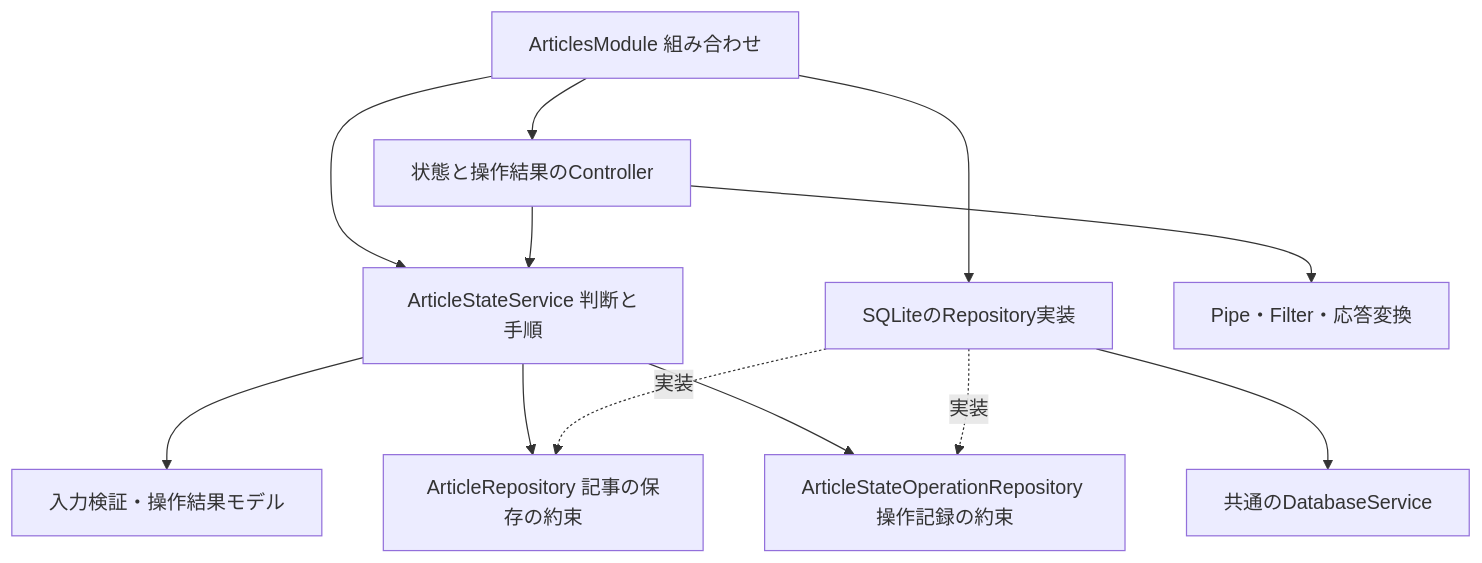
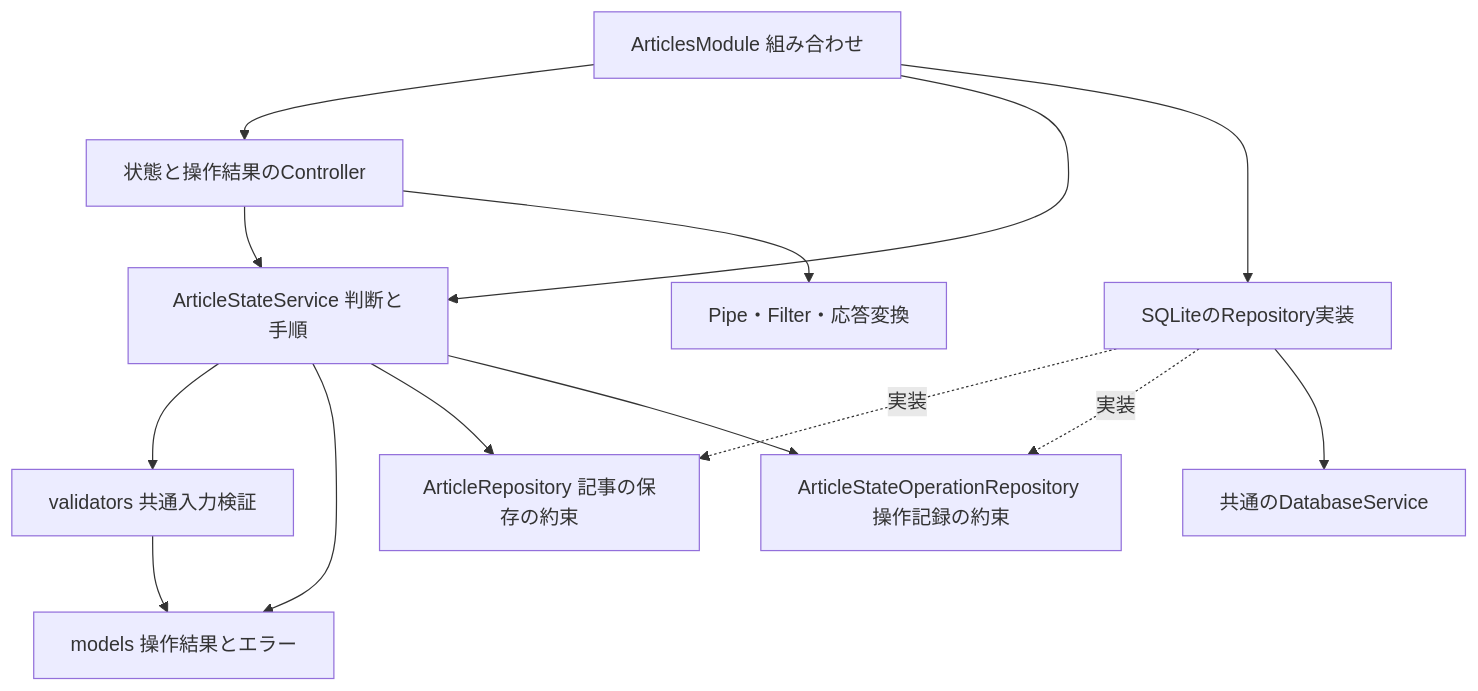
Before and after one commit to BeppuKanato/it-discovery: the first of 2 diagrams in docs/article-state-api.md, drawn with Mermaid. The commit also changed other lines of this file and 8 other files, not shown here.

````diff
--- a/docs/article-state-api.md
+++ b/docs/article-state-api.md
@@ -71,14 +71,16 @@
 ```mermaid
 flowchart TD
   Module[ArticlesModule 組み合わせ] --> Controller[状態と操作結果のController]
   Module --> Service[ArticleStateService 判断と手順]
   Module --> Concrete[SQLiteのRepository実装]
   Controller --> Service
   Controller --> HTTP[Pipe・Filter・応答変換]
-  Service --> Model[入力検証・操作結果モデル]
+  Service --> Validator[validators 共通入力検証]
+  Service --> Model[models 操作結果とエラー]
+  Validator --> Model
   Service --> Articles[ArticleRepository 記事の保存の約束]
   Service --> Operations[ArticleStateOperationRepository 操作記録の約束]
   Concrete -. 実装 .-> Articles
   Concrete -. 実装 .-> Operations
   Concrete --> DB[共通のDatabaseService]
 ```
````
